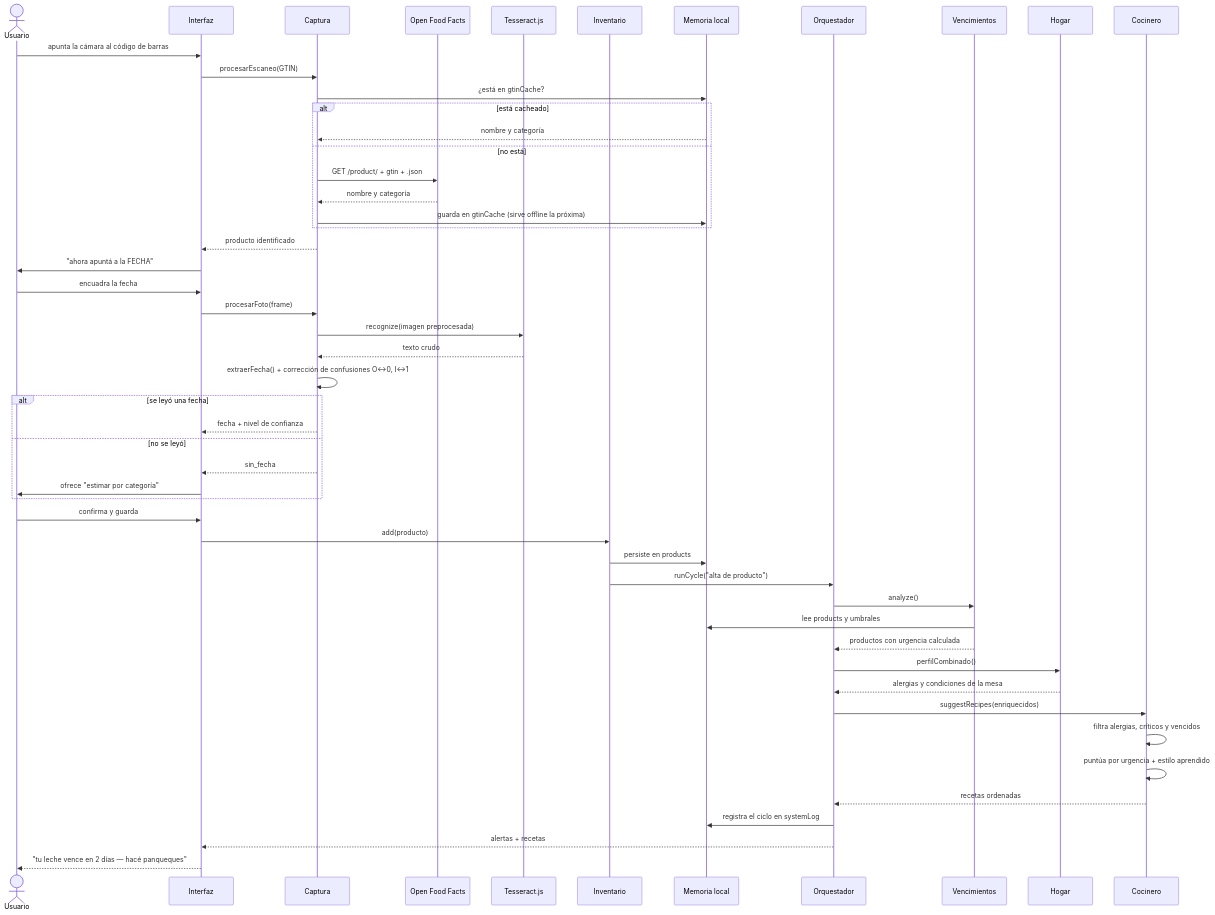
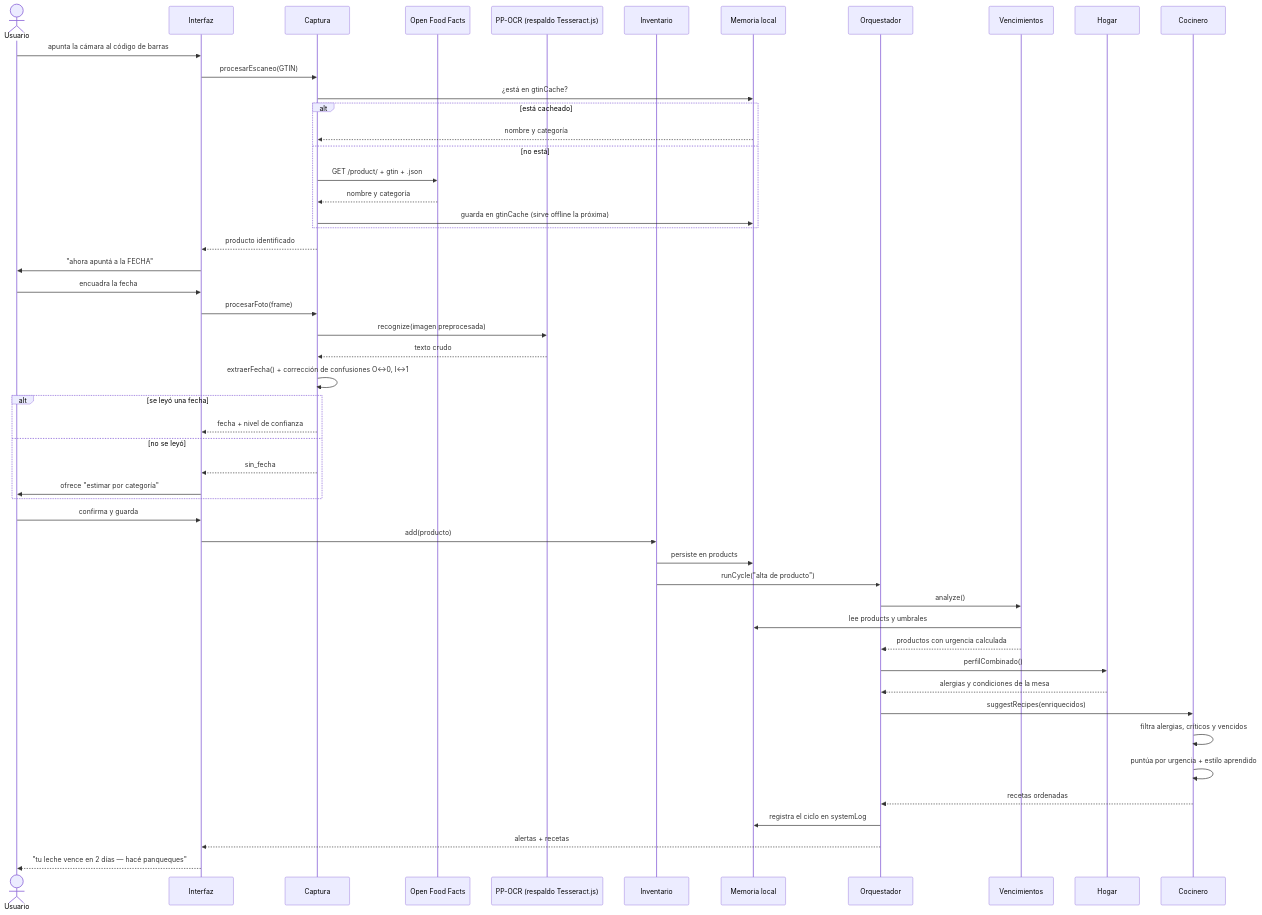
The third of 5 diagrams in docs/DIAGRAMAS.md (pablomonsalvo76/despensa-inteligente), drawn with Mermaid before and after one commit. The commit also changed other lines of this file and 2 other files, not shown here.

First line of the commit message:
Docs: actualizar README y diagramas al motor PP-OCR actual

````diff
--- a/docs/DIAGRAMAS.md
+++ b/docs/DIAGRAMAS.md
@@ -161,58 +161,58 @@
 ```mermaid
 sequenceDiagram
     actor U as Usuario
     participant UI as Interfaz
     participant CAP as Captura
     participant OFACT as Open Food Facts
-    participant OCR as Tesseract.js
+    participant OCR as PP-OCR (respaldo Tesseract.js)
     participant INV as Inventario
     participant DB as Memoria local
     participant ORQ as Orquestador
     participant VEN as Vencimientos
     participant HOG as Hogar
     participant COC as Cocinero
 
     U->>UI: apunta la cámara al código de barras
     UI->>CAP: procesarEscaneo(GTIN)
     CAP->>DB: ¿está en gtinCache?
     alt está cacheado
         DB-->>CAP: nombre y categoría
     else no está
         CAP->>OFACT: GET /product/ + gtin + .json
         OFACT-->>CAP: nombre y categoría
         CAP->>DB: guarda en gtinCache (sirve offline la próxima)
     end
     CAP-->>UI: producto identificado
 
     UI->>U: "ahora apuntá a la FECHA"
     U->>UI: encuadra la fecha
     UI->>CAP: procesarFoto(frame)
     CAP->>OCR: recognize(imagen preprocesada)
     OCR-->>CAP: texto crudo
     CAP->>CAP: extraerFecha() + corrección de confusiones O↔0, I↔1
 
     alt se leyó una fecha
         CAP-->>UI: fecha + nivel de confianza
     else no se leyó
         CAP-->>UI: sin_fecha
         UI->>U: ofrece "estimar por categoría"
     end
 
     U->>UI: confirma y guarda
     UI->>INV: add(producto)
     INV->>DB: persiste en products
     INV->>ORQ: runCycle("alta de producto")
 
     ORQ->>VEN: analyze()
     VEN->>DB: lee products y umbrales
     VEN-->>ORQ: productos con urgencia calculada
     ORQ->>HOG: perfilCombinado()
     HOG-->>ORQ: alergias y condiciones de la mesa
     ORQ->>COC: suggestRecipes(enriquecidos)
     COC->>COC: filtra alergias, críticos y vencidos
     COC->>COC: puntúa por urgencia + estilo aprendido
     COC-->>ORQ: recetas ordenadas
     ORQ->>DB: registra el ciclo en systemLog
     ORQ-->>UI: alertas + recetas
     UI-->>U: "tu leche vence en 2 días — hacé panqueques"
 ```
````
